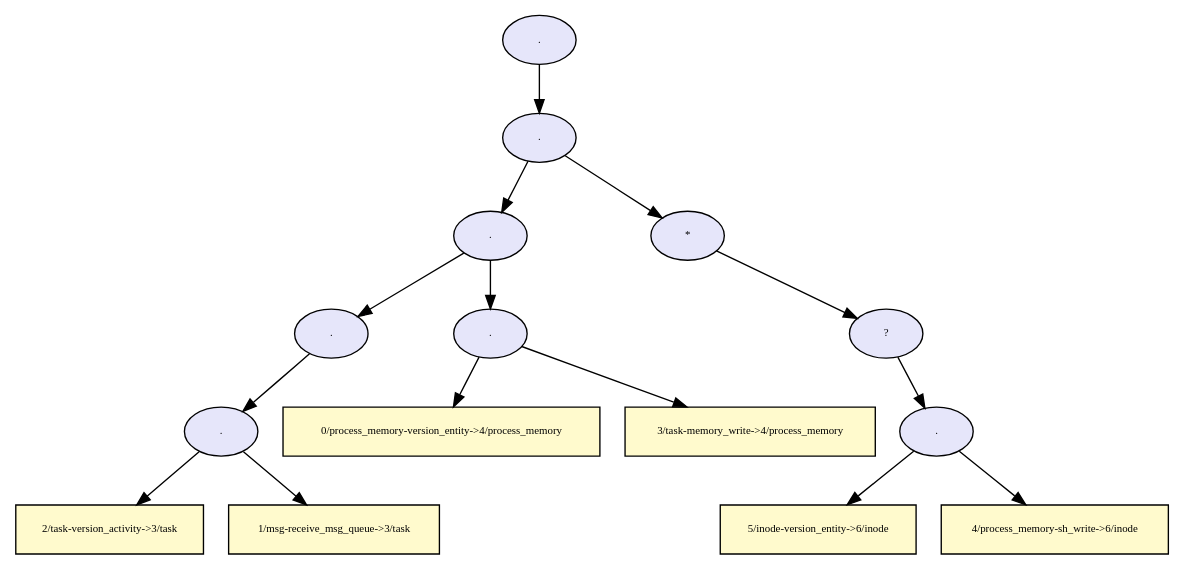
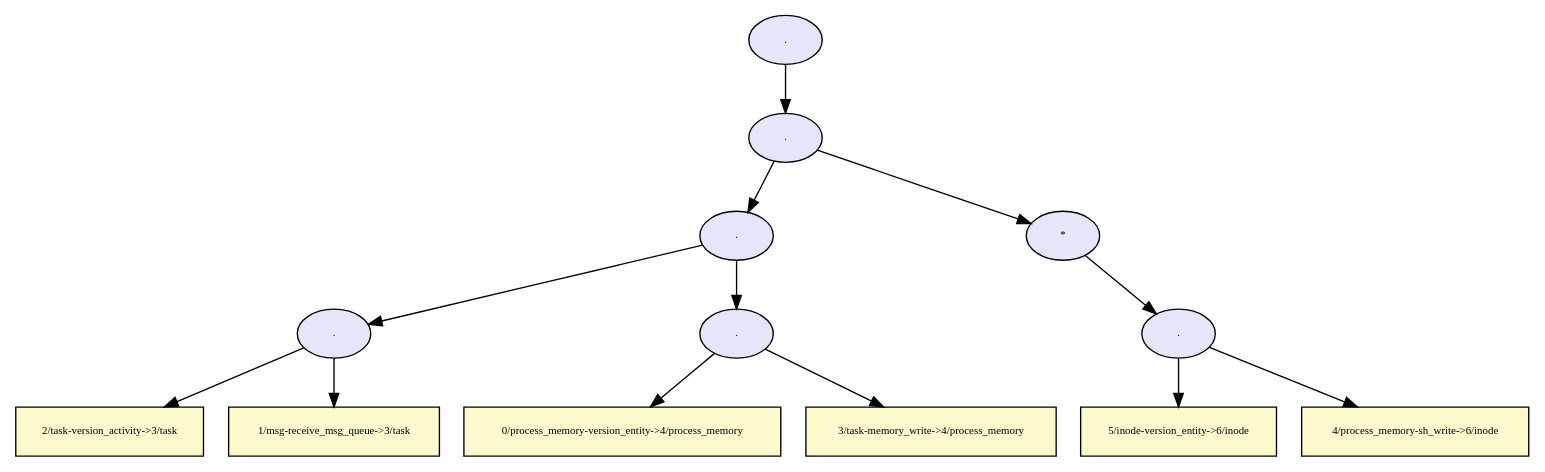
The diagram in dot/__mq_msgrcv_tree.dot (TinkerBellSystem/graph-matching), drawn with Graphviz before and after one commit. The commit also changed 68 other files, not shown here.

```diff
--- a/dot/__mq_msgrcv_tree.dot
+++ b/dot/__mq_msgrcv_tree.dot
@@ -1,59 +1,51 @@
 digraph RGL__DirectedAdjacencyGraph {14[fontsize = 8,label = ".",shape = ellipse, fillcolor="#e6e6fa", style = filled]
 
 14 -> 13[fontsize = 8, color="#000000"]
 
 13[fontsize = 8,label = ".",shape = ellipse, fillcolor="#e6e6fa", style = filled]
 
 13 -> 7[fontsize = 8, color="#000000"]
 
 7[fontsize = 8,label = ".",shape = ellipse, fillcolor="#e6e6fa", style = filled]
 
-7 -> 3[fontsize = 8, color="#000000"]
-
-3[fontsize = 8,label = ".",shape = ellipse, fillcolor="#e6e6fa", style = filled]
-
-3 -> 2[fontsize = 8, color="#000000"]
+7 -> 2[fontsize = 8, color="#000000"]
 
 2[fontsize = 8,label = ".",shape = ellipse, fillcolor="#e6e6fa", style = filled]
 
 2 -> 0[fontsize = 8, color="#000000"]
 
 0[fontsize = 8,label = "2/task-version_activity->3/task",shape = rectangle, fillcolor="#fffacd", style = filled]
 
 2 -> 1[fontsize = 8, color="#000000"]
 
 1[fontsize = 8,label = "1/msg-receive_msg_queue->3/task",shape = rectangle, fillcolor="#fffacd", style = filled]
 
 7 -> 6[fontsize = 8, color="#000000"]
 
 6[fontsize = 8,label = ".",shape = ellipse, fillcolor="#e6e6fa", style = filled]
 
 6 -> 4[fontsize = 8, color="#000000"]
 
 4[fontsize = 8,label = "0/process_memory-version_entity->4/process_memory",shape = rectangle, fillcolor="#fffacd", style = filled]
 
 6 -> 5[fontsize = 8, color="#000000"]
 
 5[fontsize = 8,label = "3/task-memory_write->4/process_memory",shape = rectangle, fillcolor="#fffacd", style = filled]
 
 13 -> 12[fontsize = 8, color="#000000"]
 
 12[fontsize = 8,label = "*",shape = ellipse, fillcolor="#e6e6fa", style = filled]
 
-12 -> 11[fontsize = 8, color="#000000"]
-
-11[fontsize = 8,label = "?",shape = ellipse, fillcolor="#e6e6fa", style = filled]
-
-11 -> 10[fontsize = 8, color="#000000"]
+12 -> 10[fontsize = 8, color="#000000"]
 
 10[fontsize = 8,label = ".",shape = ellipse, fillcolor="#e6e6fa", style = filled]
 
 10 -> 8[fontsize = 8, color="#000000"]
 
 8[fontsize = 8,label = "5/inode-version_entity->6/inode",shape = rectangle, fillcolor="#fffacd", style = filled]
 
 10 -> 9[fontsize = 8, color="#000000"]
 
 9[fontsize = 8,label = "4/process_memory-sh_write->6/inode",shape = rectangle, fillcolor="#fffacd", style = filled]
 
 }
```
